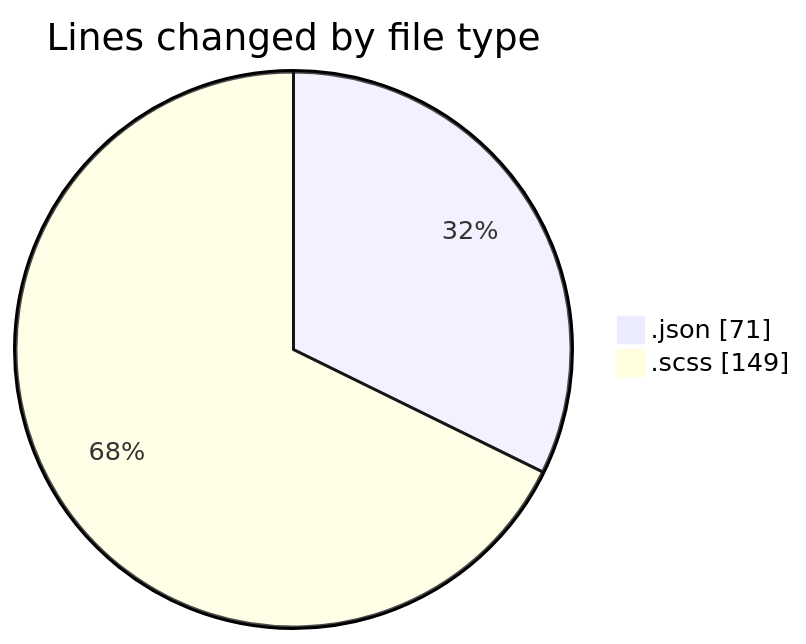
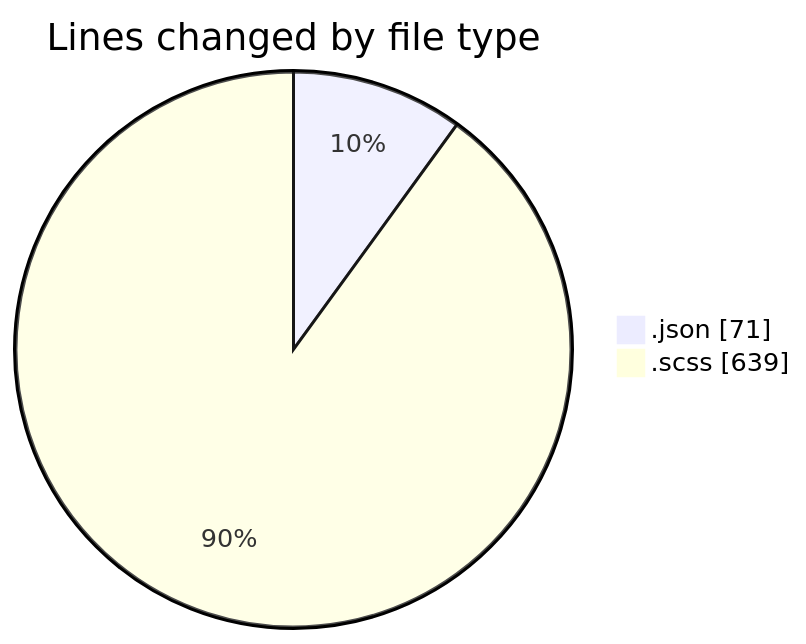
The first of 2 diagrams in 2026-01-22/cda/README.md (momahboobian/code-tracking), drawn with Mermaid before and after one commit. The commit also changed other lines of this file and 1 other file, not shown here.

````diff
--- a/2026-01-22/cda/README.md
+++ b/2026-01-22/cda/README.md
@@ -22,6 +24,6 @@
 ```mermaid
 pie showData
 title Lines changed by file type
 ".json" : 71
-".scss" : 149
+".scss" : 639
 ```
````
